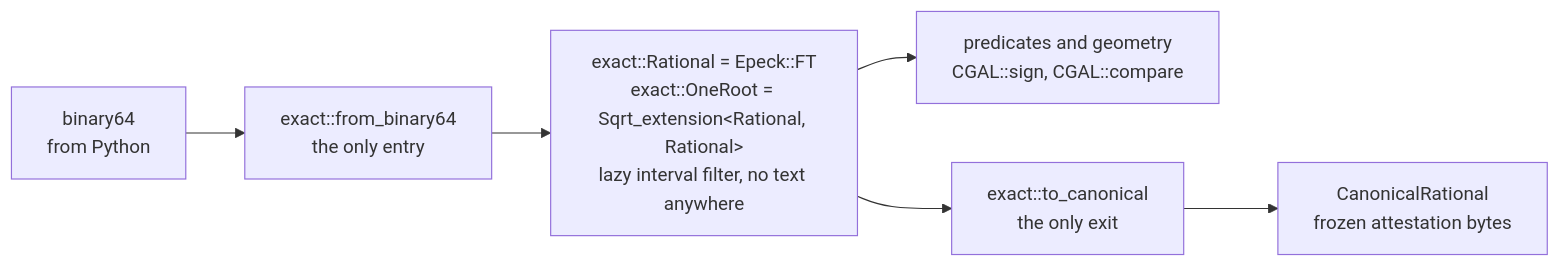
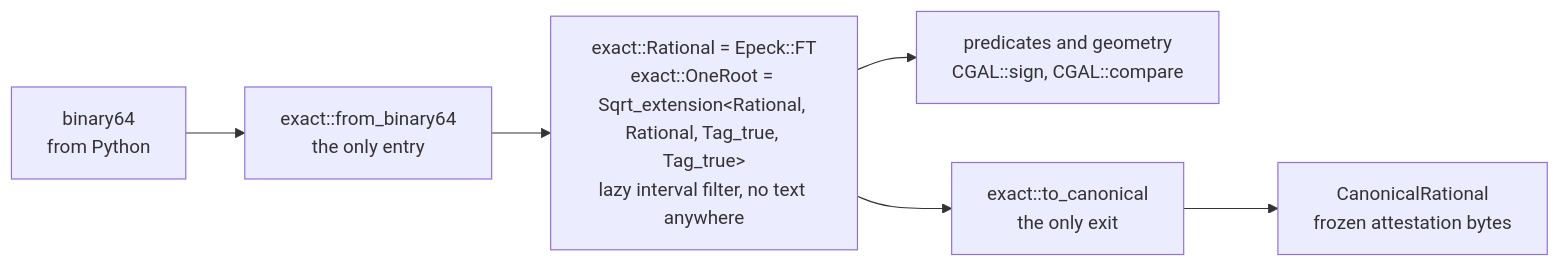
The second of 2 diagrams in docs/number_types.md (jf---/compas_cgal), drawn with Mermaid before and after one commit. The commit also changed other lines of this file and 4 other files, not shown here.

````diff
--- a/docs/number_types.md
+++ b/docs/number_types.md
@@ -365,8 +371,8 @@
 ```mermaid
 flowchart LR
     D["binary64<br/>from Python"] --> IN["exact::from_binary64<br/>the only entry"]
-    IN --> R["exact::Rational = Epeck::FT<br/>exact::OneRoot = Sqrt_extension&lt;Rational, Rational&gt;<br/>lazy interval filter, no text anywhere"]
+    IN --> R["exact::Rational = Epeck::FT<br/>exact::OneRoot = Sqrt_extension&lt;Rational, Rational, Tag_true, Tag_true&gt;<br/>lazy interval filter, no text anywhere"]
     R --> P["predicates and geometry<br/>CGAL::sign, CGAL::compare"]
     R --> OUT["exact::to_canonical<br/>the only exit"]
     OUT --> B["CanonicalRational<br/>frozen attestation bytes"]
 ```
````
